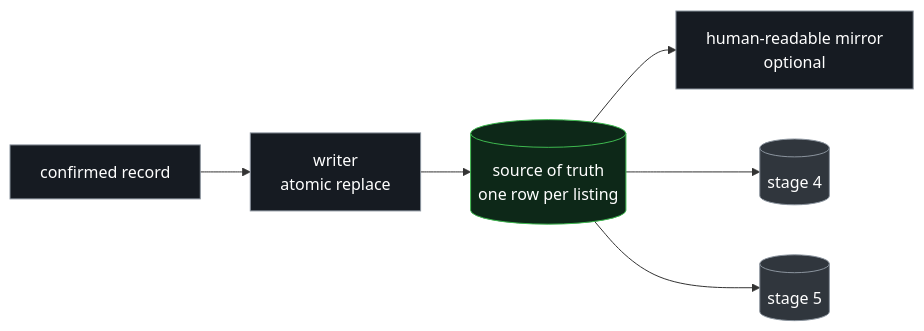
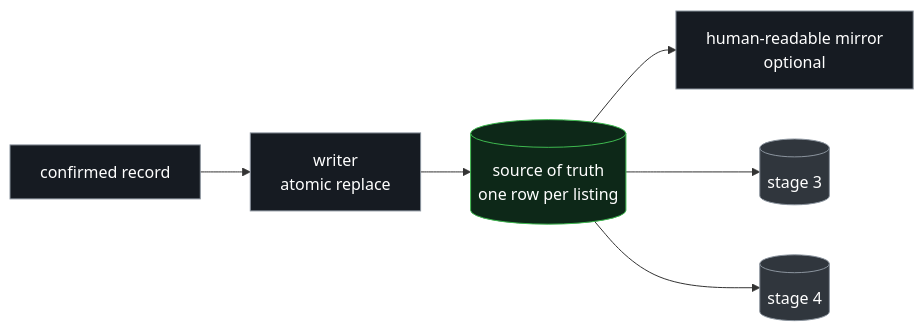
The third of 6 diagrams in docs/architecture.md (Dorten8/secondhand-ops), drawn with Mermaid before and after one commit. The commit also changed other lines of this file and 1 other file, not shown here.

First line of the commit message:
docs(architecture): merge confirmation into registration — four stages

````diff
--- a/docs/architecture.md
+++ b/docs/architecture.md
@@ -129,12 +118,12 @@
 ```mermaid
 flowchart LR
     RECORD["confirmed record"]:::b --> WRITE["writer<br/>atomic replace"]:::b
     WRITE --> SOT[("source of truth<br/>one row per listing")]:::db
     SOT --> MIRROR["human-readable mirror<br/>optional"]:::b
-    SOT --> R4[("stage 4")]:::ext
-    SOT --> R5[("stage 5")]:::ext
+    SOT --> R4[("stage 3")]:::ext
+    SOT --> R5[("stage 4")]:::ext
 
     classDef b fill:#161b22,stroke:#8b949e,color:#fff
     classDef db fill:#0d2818,stroke:#3fb950,color:#fff
     classDef ext fill:#30363d,stroke:#8b949e,color:#fff
 ```
````
